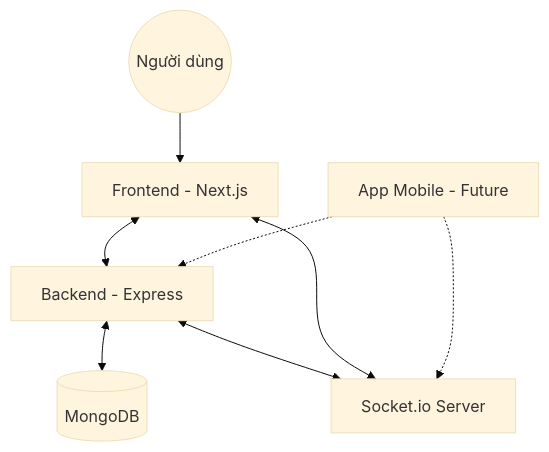
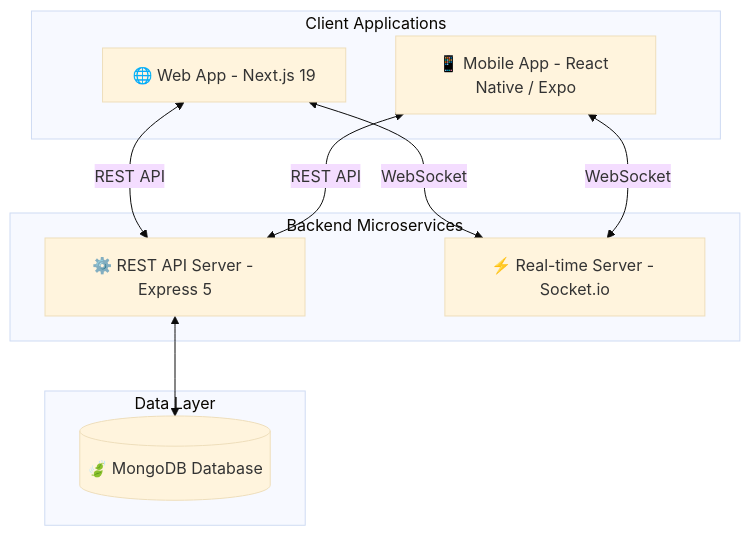
One commit to kinghatrung/halo-chat-platform changed the diagram in README.md. Above: the diagram before and after it, drawn with Mermaid (base theme). The commit also changed other lines of this file, not shown here.

````diff
--- a/README.md
+++ b/README.md
@@ -45,10 +69,22 @@
 ```mermaid
 graph TD
-    User((Người dùng)) --> Web[Frontend - Next.js]
-    Web <--> API[Backend - Express]
-    API <--> DB[(MongoDB)]
-    API <--> Socket[Socket.io Server]
-    Web <--> Socket
-    Mobile[App Mobile - Future] -.-> API
-    Mobile -.-> Socket
+    subgraph Clients [Client Applications]
+        Web[🌐 Web App - Next.js 19]
+        Mobile[📱 Mobile App - React Native / Expo]
+    end
+
+    subgraph Backend [Backend Microservices]
+        API[⚙️ REST API Server - Express 5]
+        Socket[⚡ Real-time Server - Socket.io]
+    end
+
+    subgraph Data [Data Layer]
+        DB[(🍃 MongoDB Database)]
+    end
+
+    Web <-->|REST API| API
+    Mobile <-->|REST API| API
+    Web <-->|WebSocket| Socket
+    Mobile <-->|WebSocket| Socket
+    API <--> DB
 ```
````
